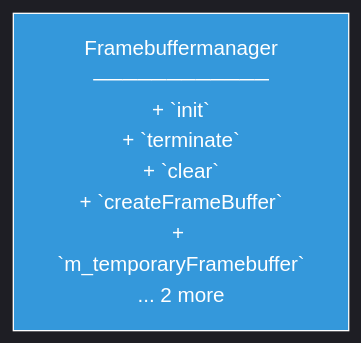
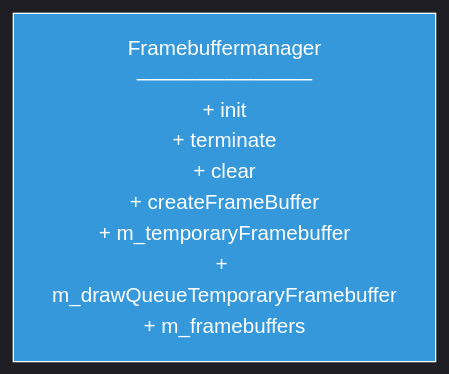
Before and after one commit to lukaszj321/otcv8-dev: the diagram in docs/authoring/01_core/api/cpp/framework/diagrams/framebuffermanager.mmd, drawn with Mermaid. The commit also changed 62 other files, not shown here.

First line of the commit message:
Fix comment spacing and expand truncated diagrams

```diff
--- a/docs/authoring/01_core/api/cpp/framework/diagrams/framebuffermanager.mmd
+++ b/docs/authoring/01_core/api/cpp/framework/diagrams/framebuffermanager.mmd
@@ -1,5 +1,5 @@
 %%{init: {'theme':'dark','themeVariables': {'primaryTextColor':'#ddd','lineColor':'#9aa0a6'}, 'securityLevel':'loose'}}%%
 graph TD
     classDef api fill:#3498db,stroke:#fff,color:#fff;
     
-    Framebuffermanager["Framebuffermanager<br/>────────────<br/>+ `init`<br/>+ `terminate`<br/>+ `clear`<br/>+ `createFrameBuffer`<br/>+ `m_temporaryFramebuffer`<br/>... 2 more<br/>"]:::api
+    Framebuffermanager["Framebuffermanager<br/>────────────<br/>+ init<br/>+ terminate<br/>+ clear<br/>+ createFrameBuffer<br/>+ m_temporaryFramebuffer<br/>+ m_drawQueueTemporaryFramebuffer<br/>+ m_framebuffers<br/>"]:::api
```
